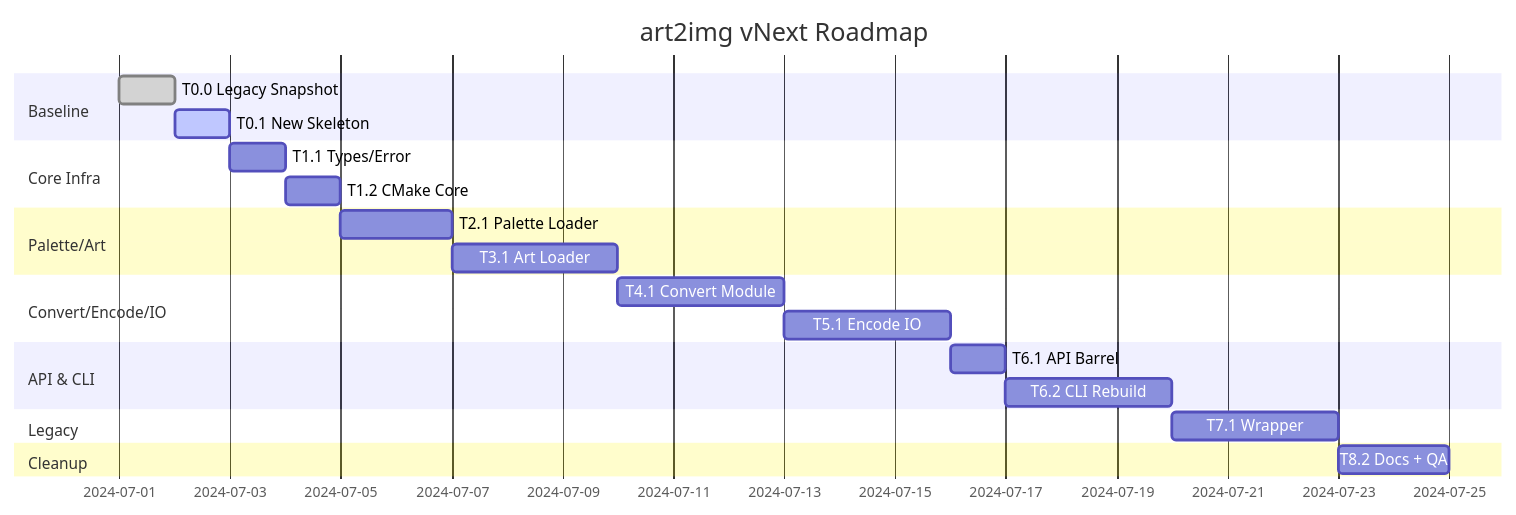
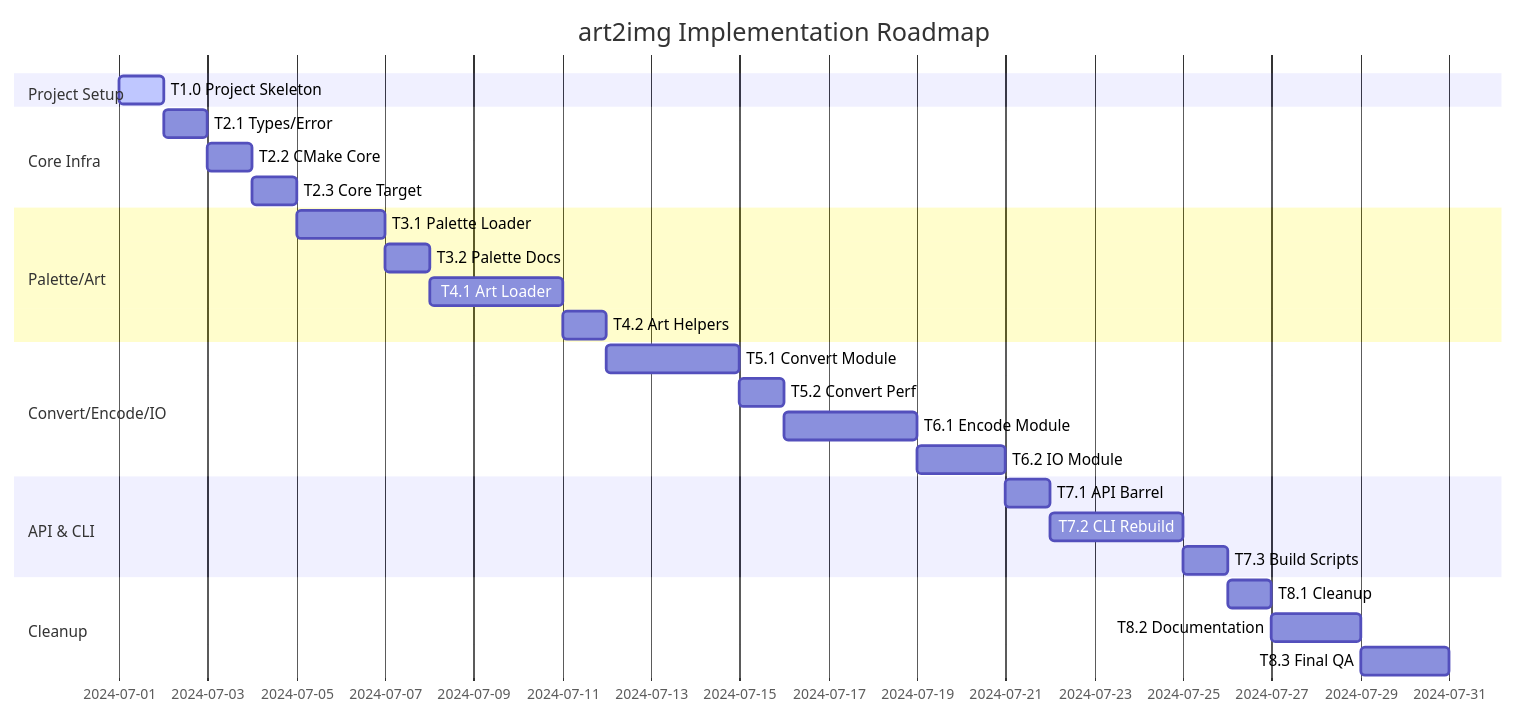
One commit to raulcorreia7/art2img changed the diagram in docs/plan/tasks.md. Above: the diagram before and after it, drawn with Mermaid. The commit also changed other lines of this file and 3 other files, not shown here.

Commit message:
docs: update documentation and CLI with animation export features

````diff
--- a/docs/plan/tasks.md
+++ b/docs/plan/tasks.md
@@ -208,31 +191,35 @@
 ```mermaid
 gantt
     dateFormat  YYYY-MM-DD
-    title  art2img vNext Roadmap
+    title  art2img Implementation Roadmap
 
-    section Baseline
-    T0.0 Legacy Snapshot :done,    des1, 2024-07-01, 1d
-    T0.1 New Skeleton    :active,  des2, 2024-07-02, 1d
+    section Project Setup
+    T1.0 Project Skeleton :active,  des1, 2024-07-01, 1d
 
     section Core Infra
-    T1.1 Types/Error     :        des3, after des2, 1d
-    T1.2 CMake Core      :        des4, after des3, 1d
+    T2.1 Types/Error     :        des2, after des1, 1d
+    T2.2 CMake Core      :        des3, after des2, 1d
+    T2.3 Core Target     :        des4, after des3, 1d
 
     section Palette/Art
-    T2.1 Palette Loader  :        des5, after des4, 2d
-    T3.1 Art Loader      :        des6, after des5, 3d
+    T3.1 Palette Loader  :        des5, after des4, 2d
+    T3.2 Palette Docs    :        des6, after des5, 1d
+    T4.1 Art Loader      :        des7, after des6, 3d
+    T4.2 Art Helpers     :        des8, after des7, 1d
 
     section Convert/Encode/IO
-    T4.1 Convert Module  :        des7, after des6, 3d
-    T5.1 Encode IO       :        des8, after des7, 3d
+    T5.1 Convert Module  :        des9, after des8, 3d
+    T5.2 Convert Perf    :        des10, after des9, 1d
+    T6.1 Encode Module   :        des11, after des10, 3d
+    T6.2 IO Module       :        des12, after des11, 2d
 
     section API & CLI
-    T6.1 API Barrel      :        des9, after des8, 1d
-    T6.2 CLI Rebuild     :        des10, after des9, 3d
-
-    section Legacy
-    T7.1 Wrapper         :        des11, after des10, 3d
+    T7.1 API Barrel      :        des13, after des12, 1d
+    T7.2 CLI Rebuild     :        des14, after des13, 3d
+    T7.3 Build Scripts   :        des15, after des14, 1d
 
     section Cleanup
-    T8.2 Docs + QA       :        des12, after des11, 2d
+    T8.1 Cleanup         :        des16, after des15, 1d
+    T8.2 Documentation   :        des17, after des16, 2d
+    T8.3 Final QA        :        des18, after des17, 2d
 ```
````
